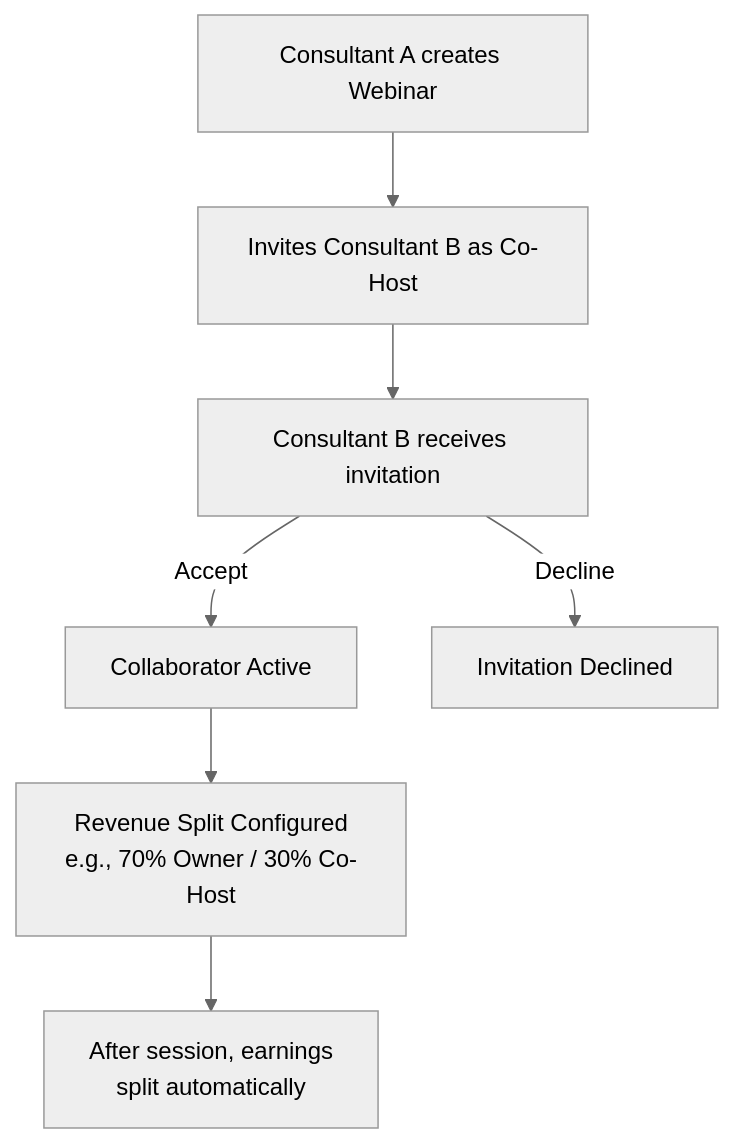
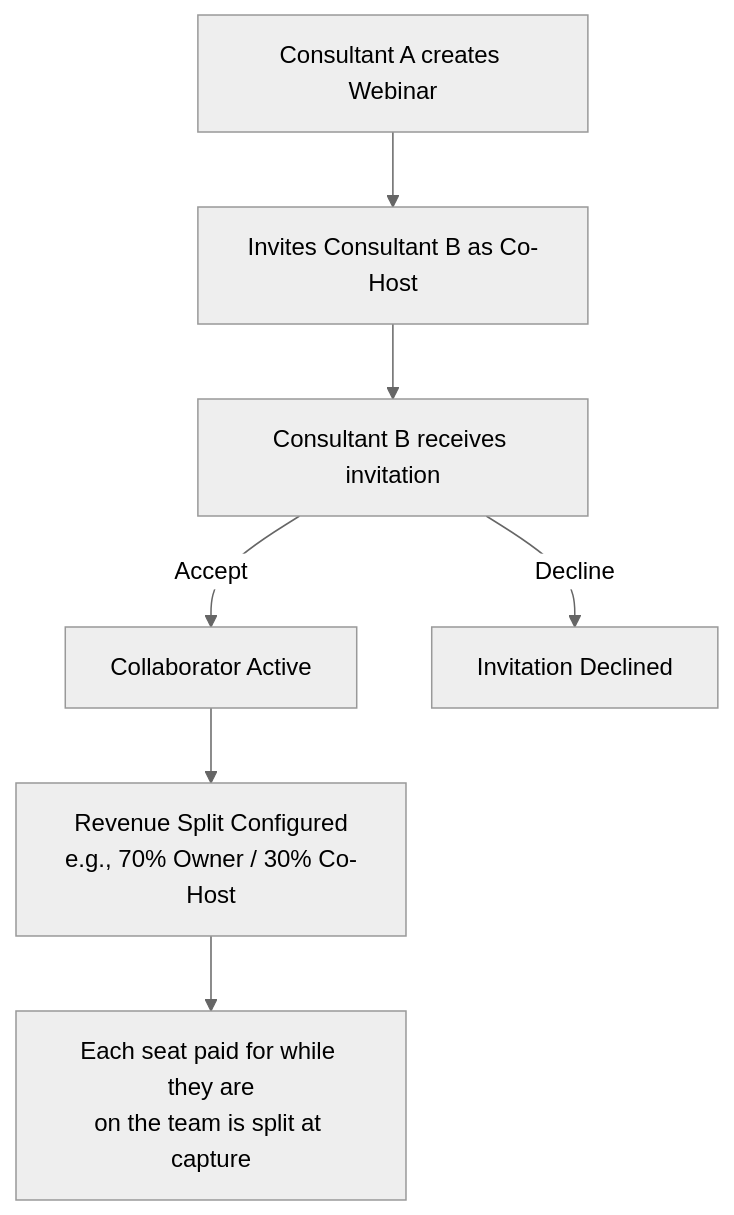
One commit to Practitionist/familiarise_web changed the seventh of 20 diagrams in docs/team/platform-testing-playbook.md. Above: the diagram before and after it, drawn with Mermaid (neutral theme). The commit also changed other lines of this file and 2 other files, not shown here.

````diff
--- a/docs/team/platform-testing-playbook.md
+++ b/docs/team/platform-testing-playbook.md
@@ -518,9 +518,9 @@
 ```mermaid
 graph TD
     A[Consultant A creates Webinar] --> B[Invites Consultant B as Co-Host]
     B --> C[Consultant B receives invitation]
     C -->|Accept| D[Collaborator Active]
     C -->|Decline| E[Invitation Declined]
     D --> F[Revenue Split Configured<br/>e.g., 70% Owner / 30% Co-Host]
-    F --> G[After session, earnings<br/>split automatically]
+    F --> G[Each seat paid for while they are<br/>on the team is split at capture]
 ```
````
